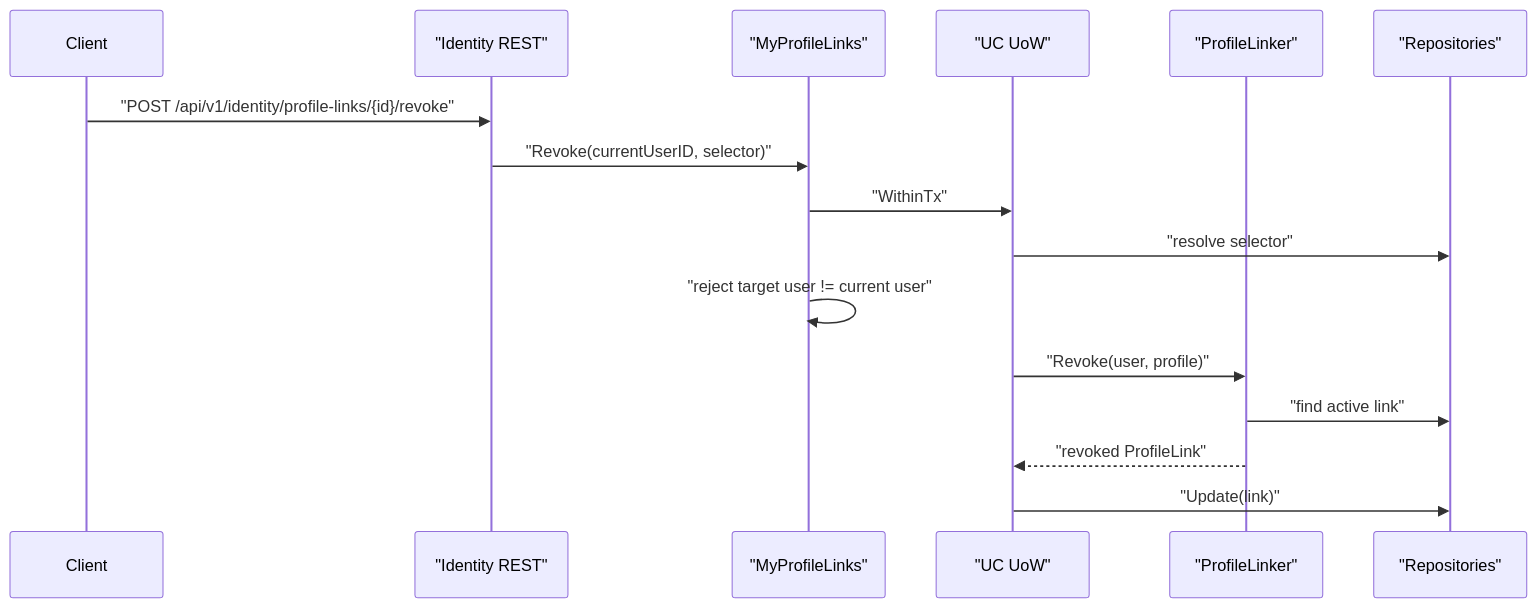
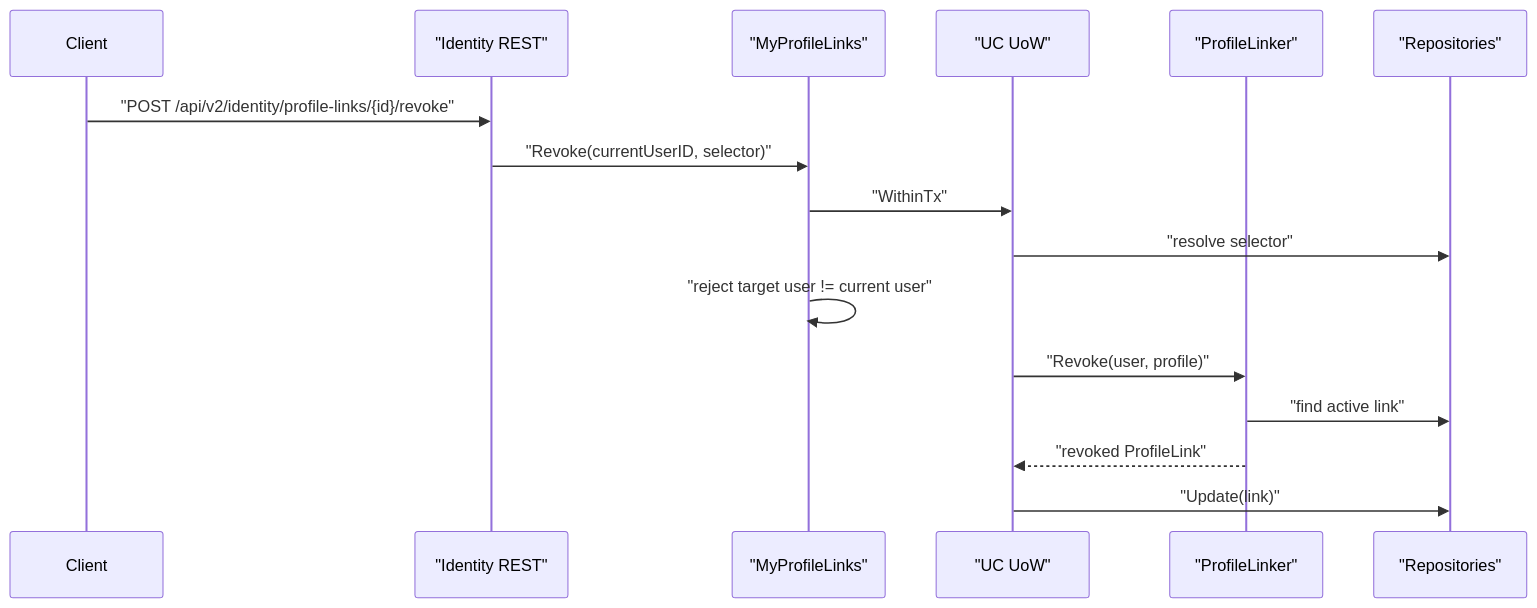
Before and after one commit to FangcunMount/iam: the fifth of 6 diagrams in docs/05-专题分析/04-ProfileLink链路--用户&儿童档案关系协作.md, drawn with Mermaid. The commit also changed other lines of this file and 611 other files, not shown here.

Commit message:
feat 完成 IAM SDK v2、REST API v2、gRPC API v2 迁移

````diff
--- a/docs/05-专题分析/04-ProfileLink链路--用户&儿童档案关系协作.md
+++ b/docs/05-专题分析/04-ProfileLink链路--用户&儿童档案关系协作.md
@@ -162,19 +162,19 @@
 ```mermaid
 sequenceDiagram
     participant Client
     participant REST as "Identity REST"
     participant My as "MyProfileLinks"
     participant UOW as "UC UoW"
     participant Linker as "ProfileLinker"
     participant Repo as "Repositories"
 
-    Client->>REST: "POST /api/v1/identity/profile-links/{id}/revoke"
+    Client->>REST: "POST /api/v2/identity/profile-links/{id}/revoke"
     REST->>My: "Revoke(currentUserID, selector)"
     My->>UOW: "WithinTx"
     UOW->>Repo: "resolve selector"
     My->>My: "reject target user != current user"
     UOW->>Linker: "Revoke(user, profile)"
     Linker->>Repo: "find active link"
     Linker-->>UOW: "revoked ProfileLink"
     UOW->>Repo: "Update(link)"
 ```
````
